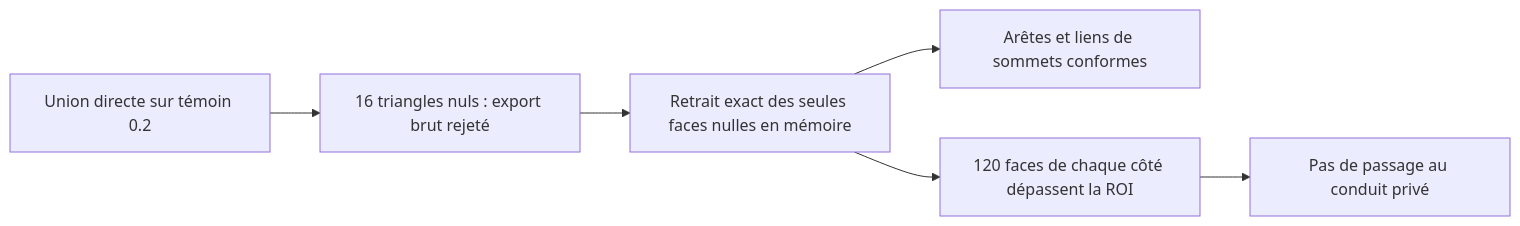
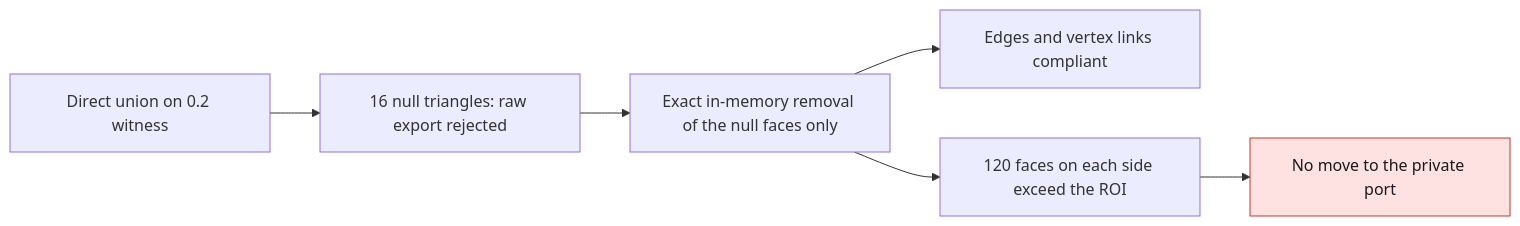
Before and after one commit to cluster2600/porscheparts: the third of 3 diagrams in docs/reports/M64_PICOGK_LOCAL_JUNCTION_WITNESS_20260908.md, drawn with Mermaid. The commit also changed other lines of this file and 228 other files, not shown here.

````diff
--- a/docs/reports/M64_PICOGK_LOCAL_JUNCTION_WITNESS_20260908.md
+++ b/docs/reports/M64_PICOGK_LOCAL_JUNCTION_WITNESS_20260908.md
@@ -250,8 +253,10 @@
 ```mermaid
 flowchart LR
-    A[Union directe sur témoin 0.2] --> B[16 triangles nuls : export brut rejeté]
-    B --> C[Retrait exact des seules faces nulles en mémoire]
-    C --> D[Arêtes et liens de sommets conformes]
-    C --> E[120 faces de chaque côté dépassent la ROI]
-    E --> F[Pas de passage au conduit privé]
+    A[Direct union on 0.2 witness] --> B[16 null triangles: raw export rejected]
+    B --> C[Exact in-memory removal of the null faces only]
+    C --> D[Edges and vertex links compliant]
+    C --> E[120 faces on each side exceed the ROI]
+    E --> F[No move to the private port]
+    classDef stop fill:#fde2e1,stroke:#c0392b,color:#1a1a1a;
+    class F stop;
 ```
````
